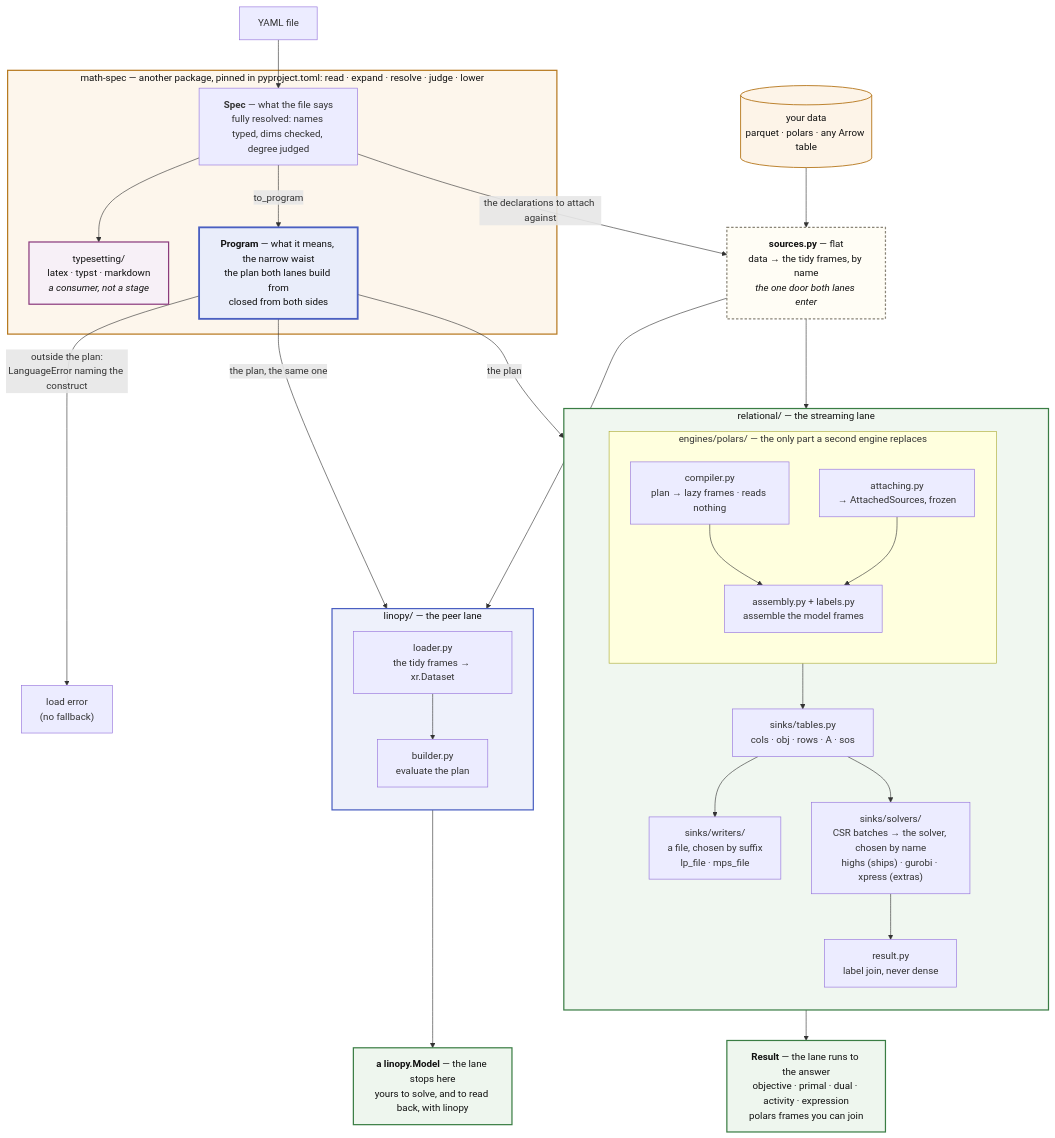
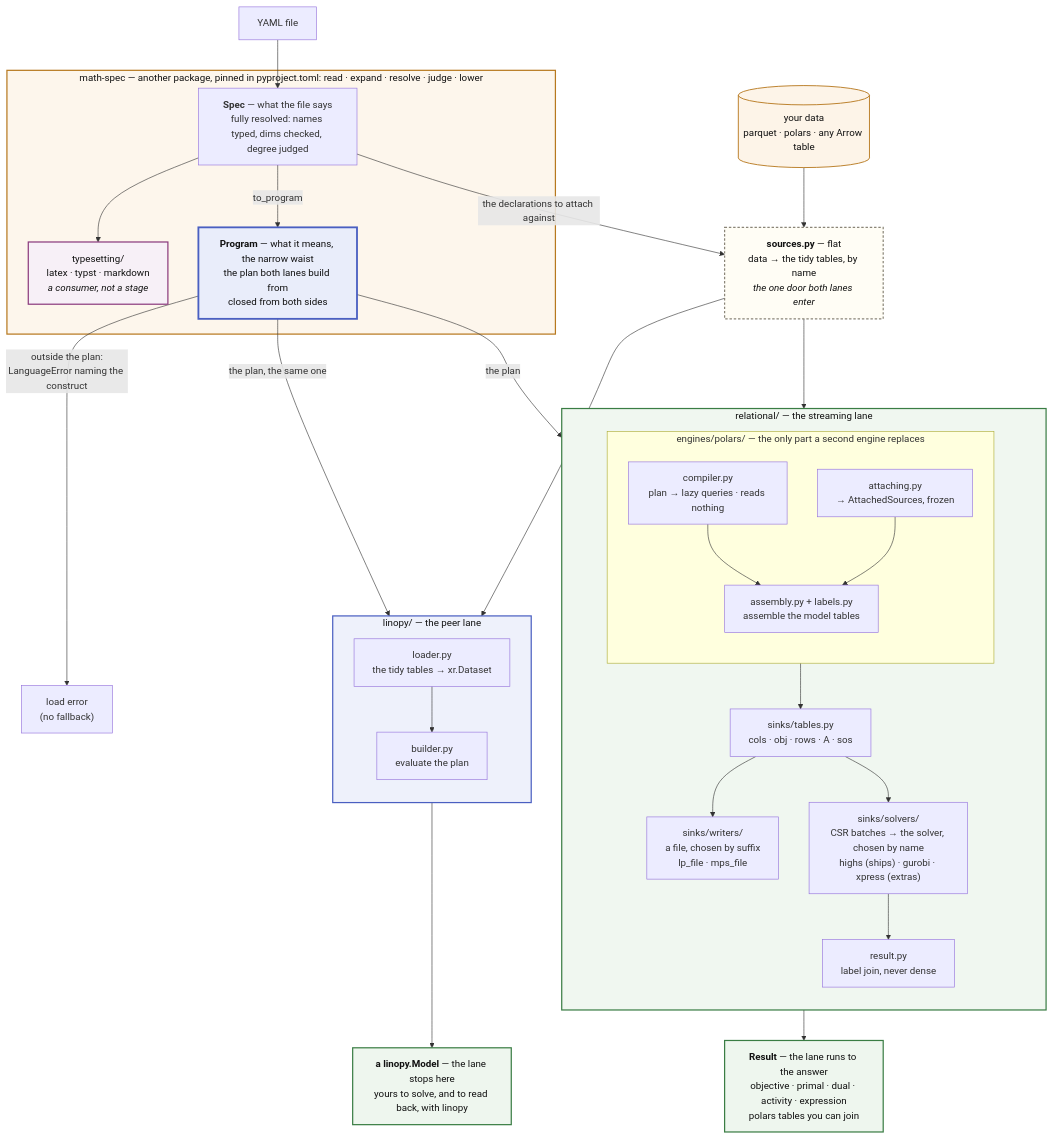
The first of 2 diagrams in docs/about/architecture.md (fluxopt/lpspec), drawn with Mermaid before and after one commit. The commit also changed other lines of this file and 12 other files, not shown here.

````diff
--- a/docs/about/architecture.md
+++ b/docs/about/architecture.md
@@ -62,59 +62,59 @@
 ```mermaid
 flowchart TB
     Y[YAML file] --> SPEC
     DATA[("your data<br/>parquet · polars · any Arrow table")] --> SRC
 
     subgraph MS["math-spec — another package, pinned in pyproject.toml: read · expand · resolve · judge · lower"]
         SPEC["<b>Spec</b> — what the file says<br/>fully resolved: names typed, dims checked, degree judged"]
         SPEC --> TS["typesetting/<br/>latex · typst · markdown<br/><i>a consumer, not a stage</i>"]
         SPEC -->|"to_program"| PLAN["<b>Program</b> — what it means, the narrow waist<br/>the plan both lanes build from<br/>closed from both sides"]
     end
 
     SPEC -->|"the declarations to attach against"| SRC
-    SRC["<b>sources.py</b> — flat<br/>data → the tidy frames, by name<br/><i>the one door both lanes enter</i>"]
+    SRC["<b>sources.py</b> — flat<br/>data → the tidy tables, by name<br/><i>the one door both lanes enter</i>"]
 
     PLAN -->|"outside the plan:<br/>LanguageError naming the construct"| ERR["load error<br/>(no fallback)"]
     PLAN -->|"the plan"| COMP
     SRC --> ATTACH
     PLAN -->|"the plan, the same one"| BUILD
     SRC --> LOAD
 
     subgraph REL["relational/ — the streaming lane"]
         direction TB
         subgraph ENG["engines/polars/ — the only part a second engine replaces"]
             direction TB
-            COMP["compiler.py<br/>plan → lazy frames · reads nothing"] --> ENGINE
-            ATTACH["attaching.py<br/>→ AttachedSources, frozen"] --> ENGINE["assembly.py + labels.py<br/>assemble the model frames"]
+            COMP["compiler.py<br/>plan → lazy queries · reads nothing"] --> ENGINE
+            ATTACH["attaching.py<br/>→ AttachedSources, frozen"] --> ENGINE["assembly.py + labels.py<br/>assemble the model tables"]
         end
         ENG --> TABLES["sinks/tables.py<br/>cols · obj · rows · A · sos"]
         TABLES --> LPS["sinks/writers/<br/>a file, chosen by suffix<br/>lp_file · mps_file"]
         TABLES --> DIRECT["sinks/solvers/<br/>CSR batches → the solver, chosen by name<br/>highs (ships) · gurobi · xpress (extras)"]
         DIRECT --> SOL["result.py<br/>label join, never dense"]
     end
 
-    SOL --> ANS["<b>Result</b> — the lane runs to the answer<br/>objective · primal · dual · activity · expression<br/>polars frames you can join"]
+    SOL --> ANS["<b>Result</b> — the lane runs to the answer<br/>objective · primal · dual · activity · expression<br/>polars tables you can join"]
 
     subgraph LIN["linopy/ — the peer lane"]
         direction TB
-        LOAD["loader.py<br/>the tidy frames → xr.Dataset"] --> BUILD["builder.py<br/>evaluate the plan"]
+        LOAD["loader.py<br/>the tidy tables → xr.Dataset"] --> BUILD["builder.py<br/>evaluate the plan"]
     end
 
     BUILD --> MODEL["<b>a linopy.Model</b> — the lane stops here<br/>yours to solve, and to read back, with linopy"]
 
     classDef laneL fill:#fdf6ec,stroke:#b7791f,stroke-width:2px,color:#111
     classDef laneR fill:#f0f7f0,stroke:#3a7d44,stroke-width:2px,color:#111
     classDef laneE fill:#eef1fb,stroke:#4a5fc1,stroke-width:2px,color:#111
     classDef laneT fill:#f7f0f7,stroke:#8b3a7d,stroke-width:2px,color:#111
     classDef waist fill:#e9edfa,stroke:#4a5fc1,stroke-width:3px,color:#111
     classDef flat fill:#fffdf5,stroke:#8a8578,stroke-width:2px,stroke-dasharray:4 3,color:#111
     classDef data fill:#fdf4e8,stroke:#b7791f,stroke-width:1.5px,color:#111
     classDef out fill:#eef6ee,stroke:#3a7d44,stroke-width:2px,color:#111
     class MS laneL
     class REL laneR
     class LIN laneE
     class TS laneT
     class PLAN waist
     class SRC flat
     class DATA data
     class ANS,MODEL out
 ```
````
